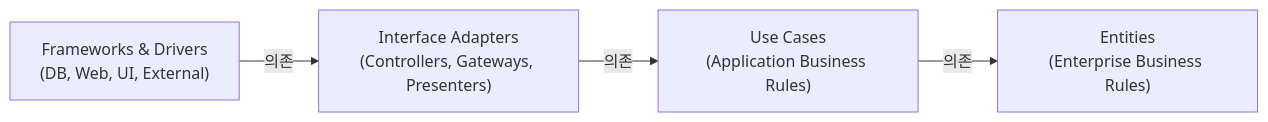
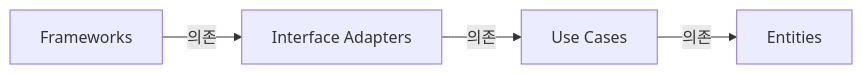
One commit to yjkim2015/yjkim2015.github.io changed the third of 8 diagrams in _posts/architecture/2026-05-12-layered-clean-onion.md. Above: the diagram before and after it, drawn with Mermaid. The commit also changed other lines of this file and 245 other files, not shown here.

First line of the commit message:
Mermaid 다이어그램 전면 수정 + 면접 포인트 접기/펼치기 + DB 데드락 페이지

````diff
--- a/_posts/architecture/2026-05-12-layered-clean-onion.md
+++ b/_posts/architecture/2026-05-12-layered-clean-onion.md
@@ -99,11 +99,6 @@
 ```mermaid
 graph LR
-    FD["Frameworks & Drivers\n(DB, Web, UI, External)"]
-    IA["Interface Adapters\n(Controllers, Gateways, Presenters)"]
-    UC["Use Cases\n(Application Business Rules)"]
-    EN["Entities\n(Enterprise Business Rules)"]
-
-    FD -->|의존| IA
-    IA -->|의존| UC
-    UC -->|의존| EN
+    FD["Frameworks"] -->|의존| IA["Interface Adapters"]
+    IA -->|의존| UC["Use Cases"]
+    UC -->|의존| EN["Entities"]
 ```
````
